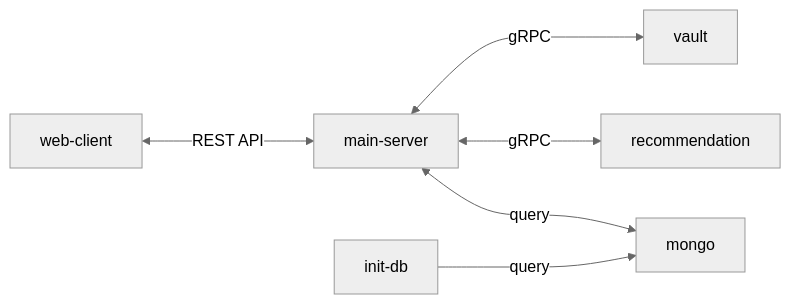
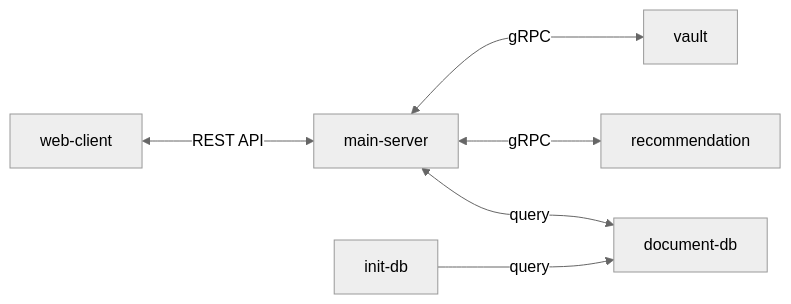
Before and after one commit to dominik-air/grpc-demo: the diagram in README.md, drawn with Mermaid (neutral theme). The commit also changed other lines of this file, not shown here.

Commit message:
feat: docs update

````diff
--- a/README.md
+++ b/README.md
@@ -5,8 +5,8 @@
 ```mermaid
 flowchart LR
     web-client <--->|REST API| main-server
     main-server <--->|gRPC| vault
     main-server <--->|gRPC| recommendation
-    main-server <--->|query| mongo
-    init-db --->|query| mongo
+    main-server <--->|query| document-db
+    init-db --->|query| document-db
 ```
````
